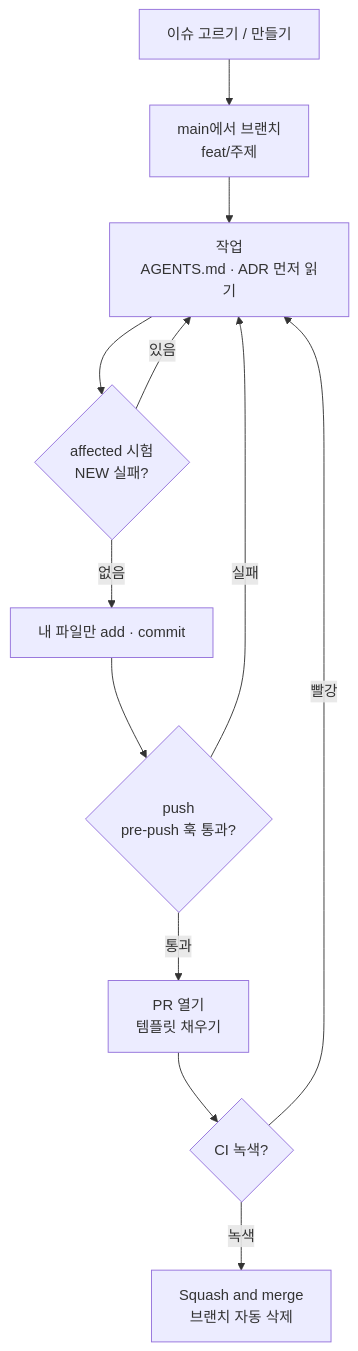
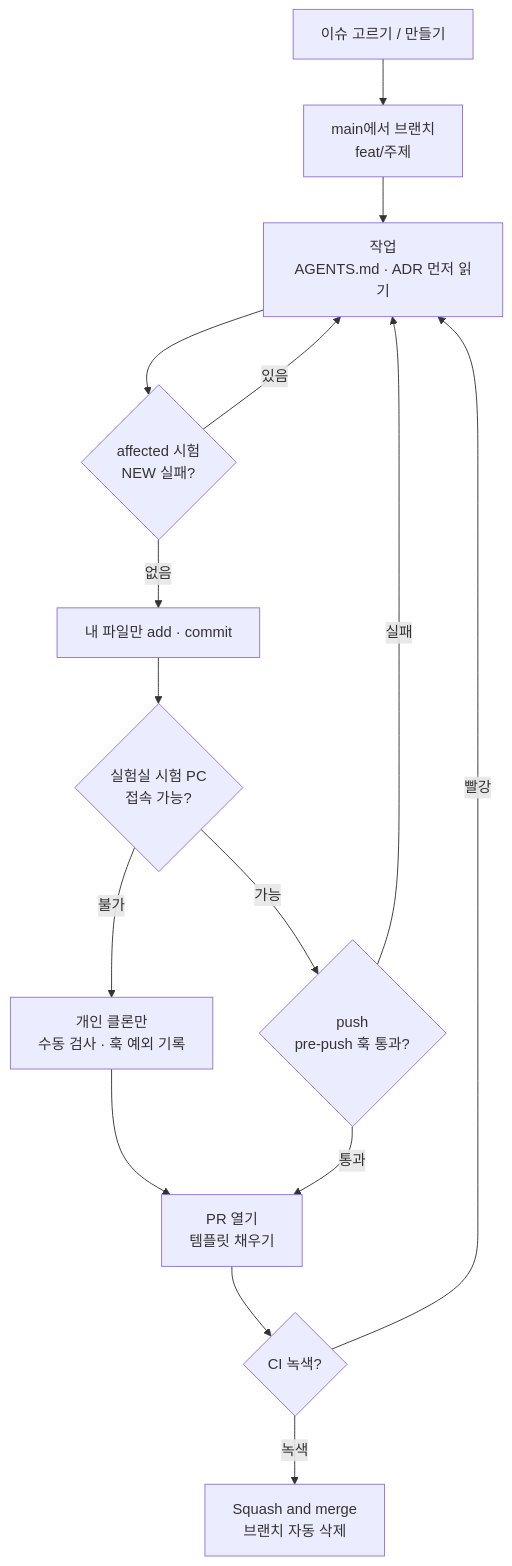
Before and after one commit to robotics-team-1213/rosy-platform: the third of 3 diagrams in docs/reference/team-guide.md, drawn with Mermaid. The commit also changed other lines of this file and 7 other files, not shown here.

````diff
--- a/docs/reference/team-guide.md
+++ b/docs/reference/team-guide.md
@@ -171,14 +181,17 @@
 ```mermaid
 flowchart TD
     i["이슈 고르기 / 만들기"] --> br["main에서 브랜치<br/>feat/주제"]
     br --> w["작업<br/>AGENTS.md · ADR 먼저 읽기"]
     w --> t{"affected 시험<br/>NEW 실패?"}
     t -- 있음 --> w
     t -- 없음 --> c["내 파일만 add · commit"]
-    c --> p{"push<br/>pre-push 훅 통과?"}
+    c --> h{"실험실 시험 PC<br/>접속 가능?"}
+    h -- 가능 --> p{"push<br/>pre-push 훅 통과?"}
+    h -- 불가 --> manual["개인 클론만<br/>수동 검사 · 훅 예외 기록"]
+    manual --> pr
     p -- 실패 --> w
     p -- 통과 --> pr["PR 열기<br/>템플릿 채우기"]
     pr --> ci{"CI 녹색?"}
     ci -- 빨강 --> w
     ci -- 녹색 --> m["Squash and merge<br/>브랜치 자동 삭제"]
 ```
````
